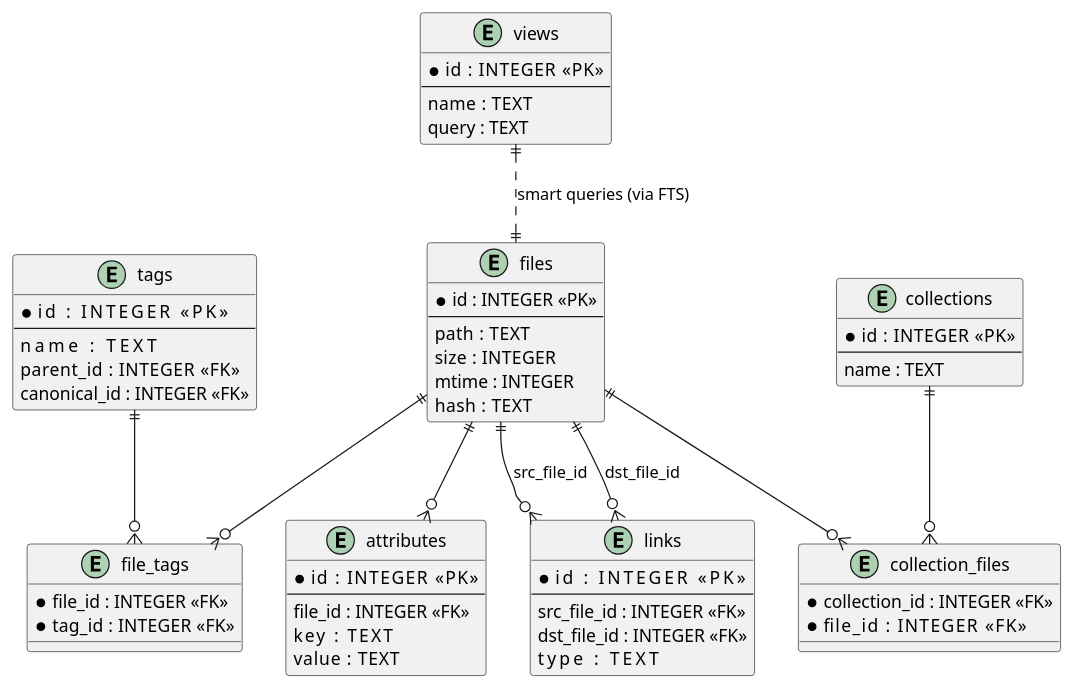
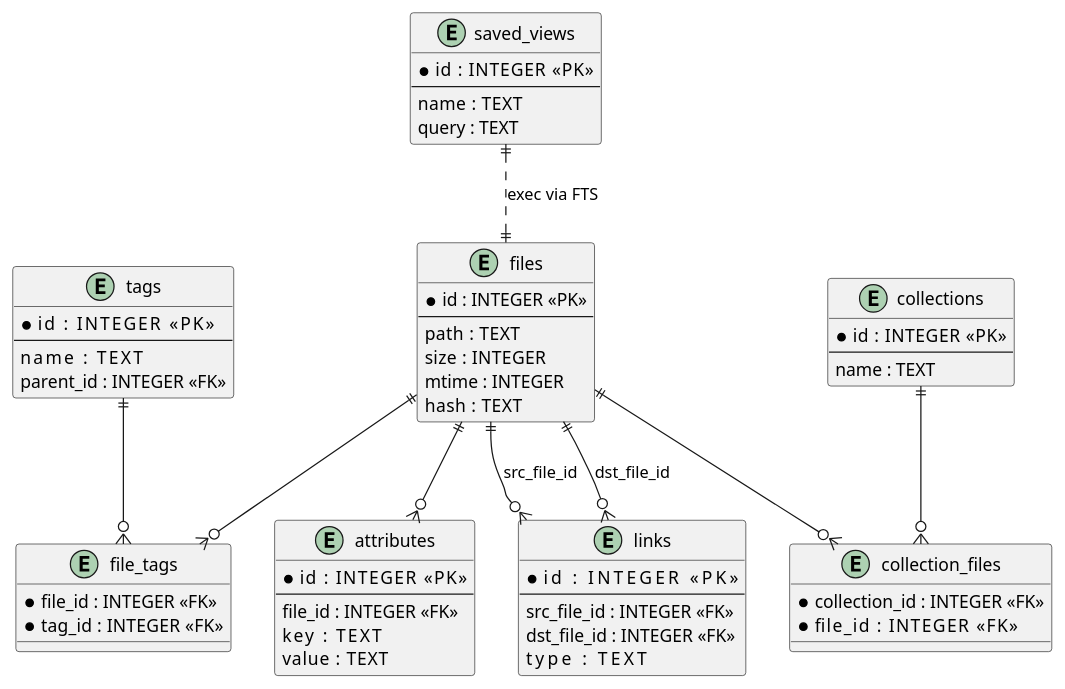
The diagram in docs/adr/DP-001_schema_v1.1.md (PR0M3TH3AN/Marlin), drawn with PlantUML before and after one commit. The commit also changed other lines of this file, not shown here.

First line of the commit message:
Clarify saved_views naming and add note on deferred tag aliases

`````diff
--- a/docs/adr/DP-001_schema_v1.1.md
+++ b/docs/adr/DP-001_schema_v1.1.md
@@ -33,72 +44,71 @@
 ```plantuml
 @startuml
 entity files {
   * id : INTEGER <<PK>>
   --
     path  : TEXT
     size  : INTEGER
     mtime : INTEGER
     hash  : TEXT
 }
 
 entity tags {
-  * id           : INTEGER <<PK>>
+  * id        : INTEGER <<PK>>
   --
-    name         : TEXT
-    parent_id    : INTEGER <<FK>>
-    canonical_id : INTEGER <<FK>>
+    name      : TEXT
+    parent_id : INTEGER <<FK>>
 }
 
 entity file_tags {
   * file_id : INTEGER <<FK>>
   * tag_id  : INTEGER <<FK>>
 }
 
 entity attributes {
   * id      : INTEGER <<PK>>
   --
     file_id : INTEGER <<FK>>
     key     : TEXT
     value   : TEXT
 }
 
 entity links {
-  * id           : INTEGER <<PK>>
+  * id            : INTEGER <<PK>>
   --
     src_file_id : INTEGER <<FK>>
     dst_file_id : INTEGER <<FK>>
     type        : TEXT
 }
 
 entity collections {
   * id   : INTEGER <<PK>>
   --
     name : TEXT
 }
 
 entity collection_files {
   * collection_id : INTEGER <<FK>>
   * file_id       : INTEGER <<FK>>
 }
 
-entity views {
+entity saved_views {
   * id    : INTEGER <<PK>>
   --
     name  : TEXT
     query : TEXT
 }
 
 files          ||--o{ file_tags
 tags           ||--o{ file_tags
 
 files          ||--o{ attributes
 
 files          ||--o{ links : "src_file_id"
 files          ||--o{ links : "dst_file_id"
 
 collections    ||--o{ collection_files
 files          ||--o{ collection_files
 
-views           ||..|| files  : "smart queries (via FTS)"
+saved_views    ||..|| files : "exec via FTS"
 @enduml
-````
+```
`````
